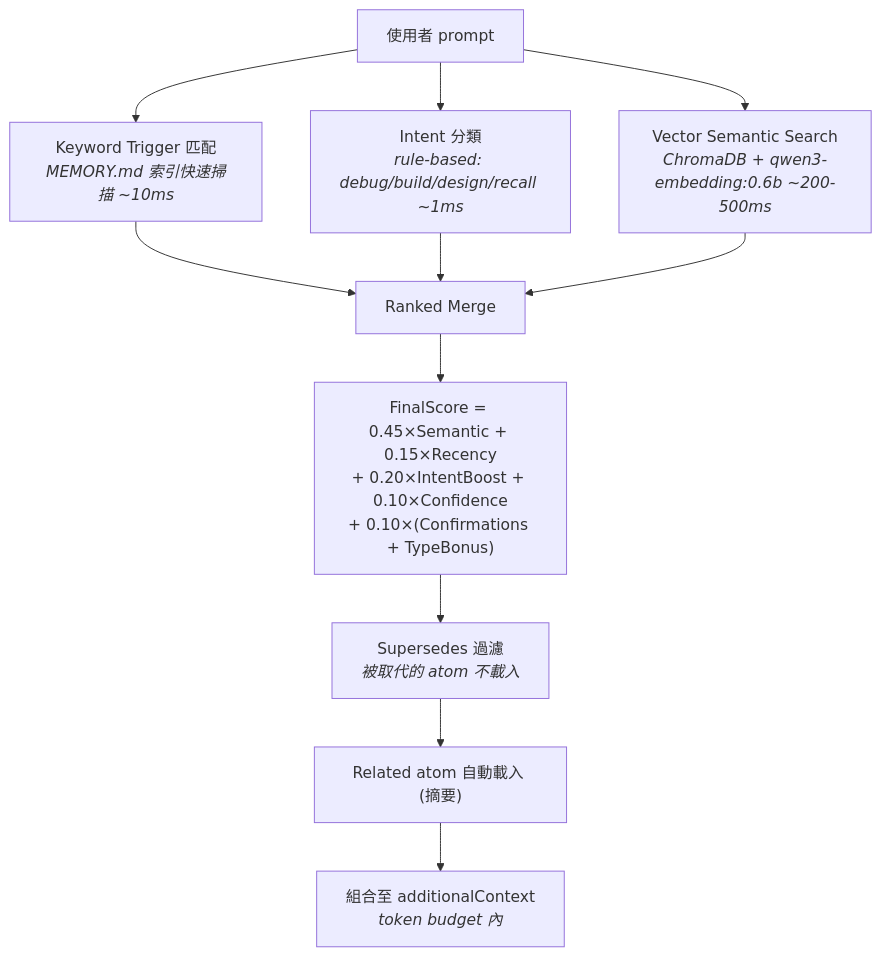
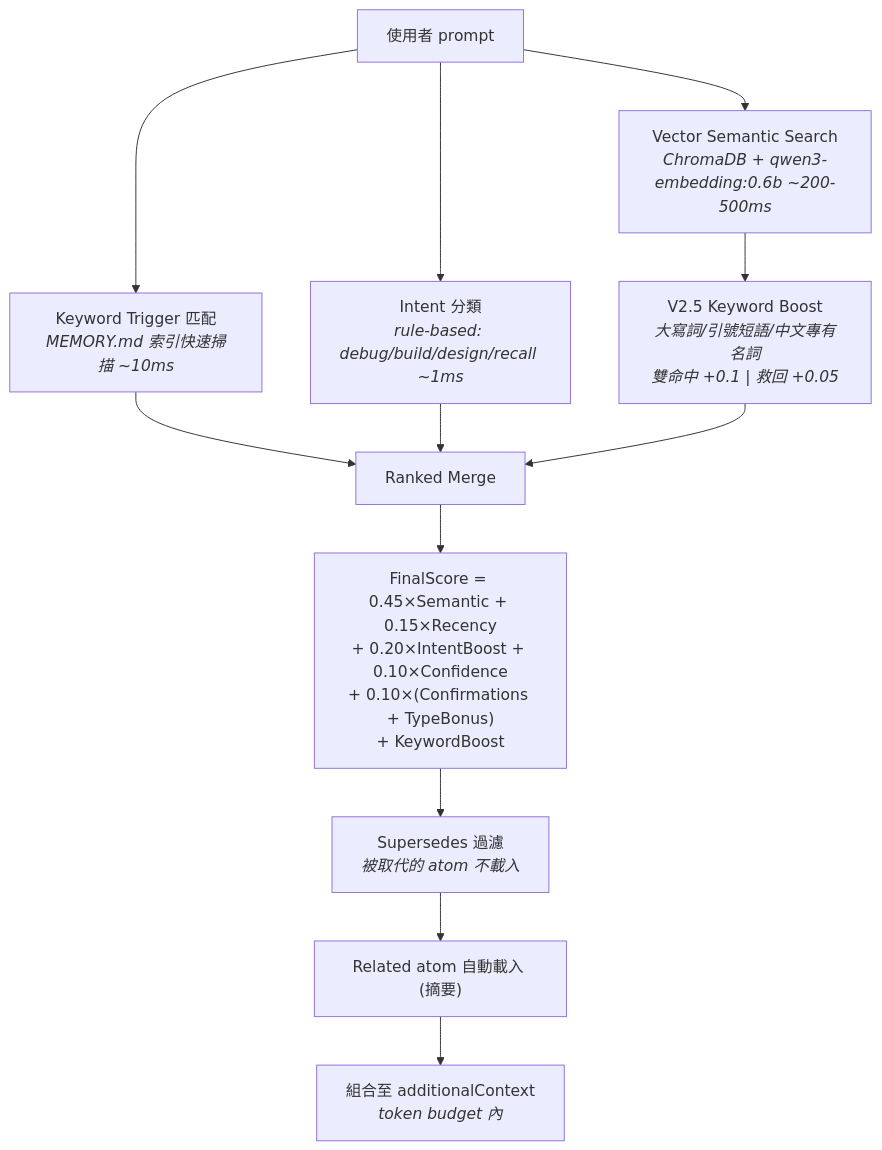
The third of 5 diagrams in README.md (wellstseng/MyClaudeCode-.claude), drawn with Mermaid before and after one commit. The commit also changed other lines of this file and 7 other files, not shown here.

First line of the commit message:
feat: V2.5 Hybrid Search Keyword Boost + Self-healing Collection Cache

````diff
--- a/README.md
+++ b/README.md
@@ -261,16 +261,17 @@
 ```mermaid
 flowchart TD
     P["使用者 prompt"] --> KW["Keyword Trigger 匹配<br/><i>MEMORY.md 索引快速掃描 ~10ms</i>"]
     P --> INT["Intent 分類<br/><i>rule-based: debug/build/design/recall ~1ms</i>"]
     P --> VS["Vector Semantic Search<br/><i>ChromaDB + qwen3-embedding:0.6b ~200-500ms</i>"]
 
     KW --> MG["Ranked Merge"]
     INT --> MG
-    VS --> MG
+    VS --> KB["V2.5 Keyword Boost<br/><i>大寫詞/引號短語/中文專有名詞<br/>雙命中 +0.1 | 救回 +0.05</i>"]
+    KB --> MG
 
-    MG --> SC["FinalScore = 0.45×Semantic + 0.15×Recency<br/>+ 0.20×IntentBoost + 0.10×Confidence<br/>+ 0.10×(Confirmations + TypeBonus)"]
+    MG --> SC["FinalScore = 0.45×Semantic + 0.15×Recency<br/>+ 0.20×IntentBoost + 0.10×Confidence<br/>+ 0.10×(Confirmations + TypeBonus)<br/>+ KeywordBoost"]
 
     SC --> SF["Supersedes 過濾<br/><i>被取代的 atom 不載入</i>"]
     SF --> RL["Related atom 自動載入 (摘要)"]
     RL --> CTX["組合至 additionalContext<br/><i>token budget 內</i>"]
 ```
````
